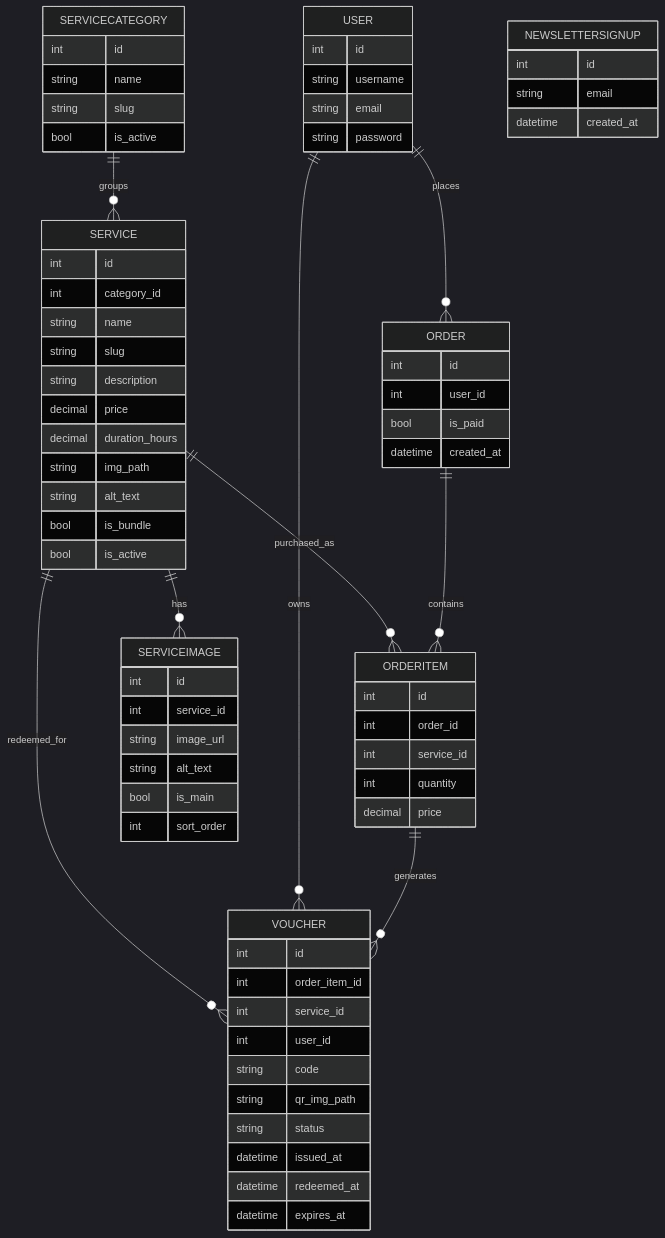
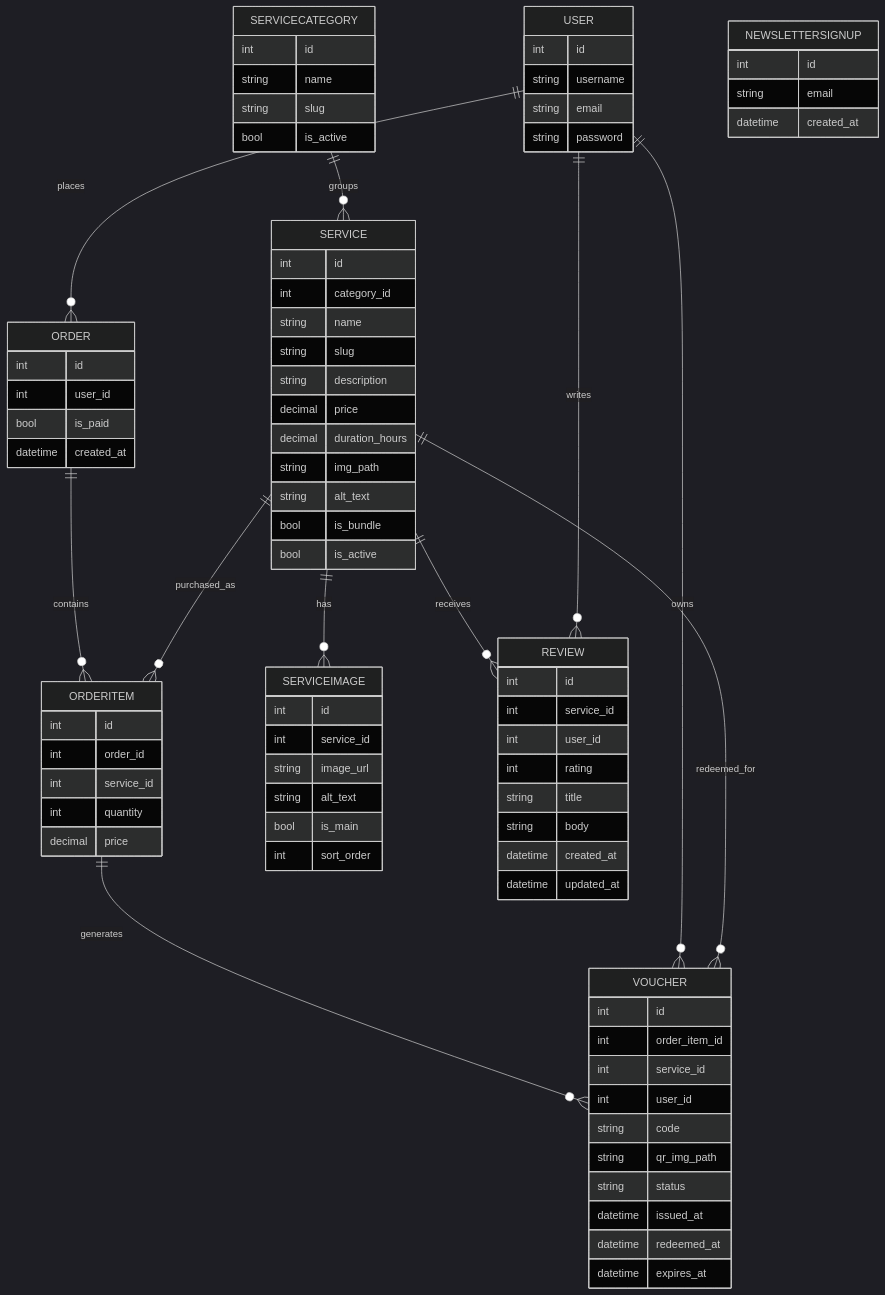
One commit to KellyT4425/The_WagClub changed the diagram in README.md. Above: the diagram before and after it, drawn with Mermaid (dark theme). The commit also changed other lines of this file and 4 other files, not shown here.

```diff
--- a/README.md
+++ b/README.md
@@ -166,6 +169,8 @@
 
     SERVICECATEGORY ||--o{ SERVICE : groups
     SERVICE ||--o{ SERVICEIMAGE : has
+    SERVICE ||--o{ REVIEW : receives
+    USER ||--o{ REVIEW : writes
     SERVICE ||--o{ ORDERITEM : purchased_as
     SERVICE ||--o{ VOUCHER : redeemed_for
 
@@ -206,6 +211,17 @@
         int sort_order
     }
 
+    REVIEW {
+        int id
+        int service_id
+        int user_id
+        int rating
+        string title
+        string body
+        datetime created_at
+        datetime updated_at
+    }
+
     NEWSLETTERSIGNUP {
         int id
         string email
```
